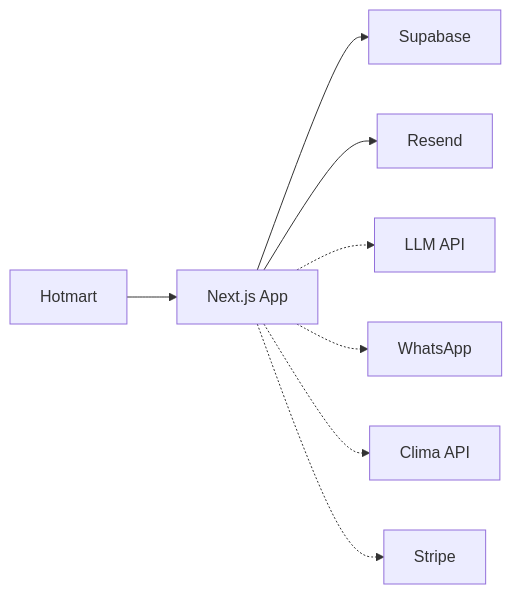
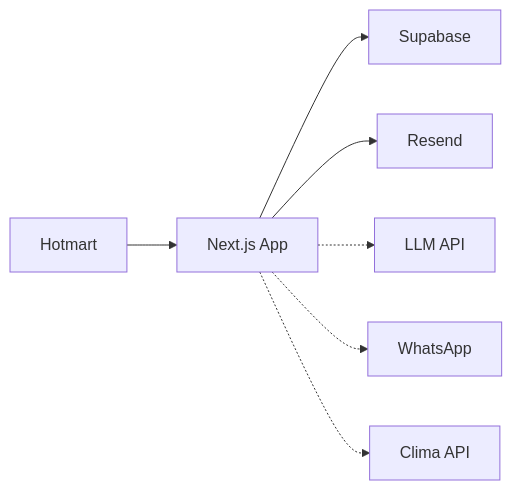
The diagram in docs/INTEGRATIONS.md (suporteobrioai-crypto/OBRIO), drawn with Mermaid before and after one commit. The commit also changed other lines of this file and 15 other files, not shown here.

First line of the commit message:
docs: sync guides with Hotmart-only billing and current architecture.

````diff
--- a/docs/INTEGRATIONS.md
+++ b/docs/INTEGRATIONS.md
@@ -7,19 +7,17 @@
 ```mermaid
 flowchart LR
   App["Next.js App"]
   Supa["Supabase"]
   HM["Hotmart"]
   Resend["Resend"]
   AI["LLM API"]
   WA["WhatsApp"]
   Weather["Clima API"]
-  Stripe["Stripe"]
 
   HM --> App
   App --> Supa
   App --> Resend
   App -.-> AI
   App -.-> WA
   App -.-> Weather
-  App -.-> Stripe
 ```
````
